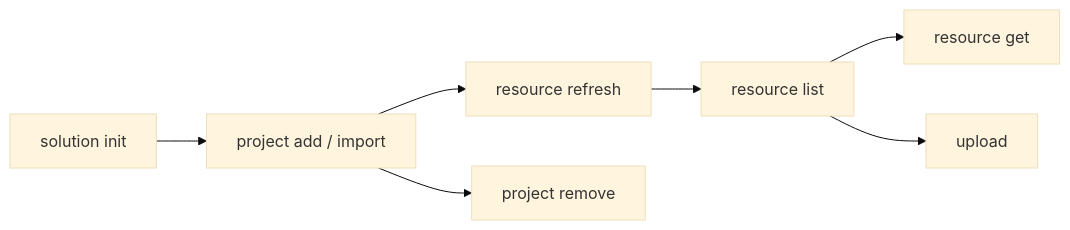
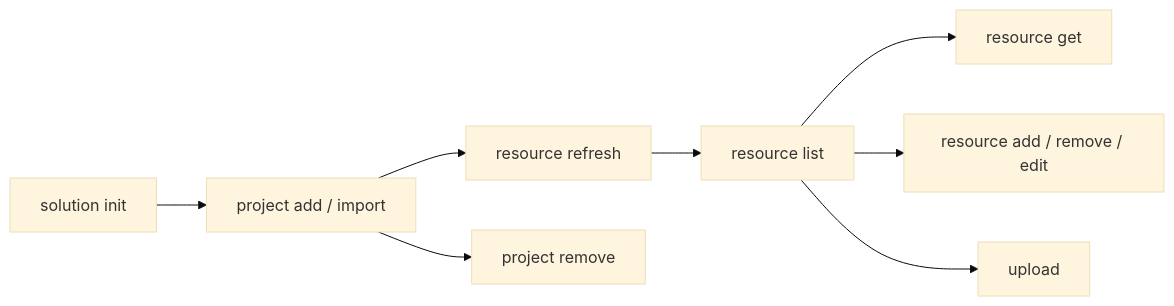
One commit to UiPath/skills changed the diagram in skills/uipath-solution/references/operate/develop-solution.md. Above: the diagram before and after it, drawn with Mermaid (base theme). The commit also changed other lines of this file and 5 other files, not shown here.

````diff
--- a/skills/uipath-solution/references/operate/develop-solution.md
+++ b/skills/uipath-solution/references/operate/develop-solution.md
@@ -20,9 +20,10 @@
 ```mermaid
 graph LR
     A[solution init] --> B[project add / import]
     B --> C[resource refresh]
     C --> D[resource list]
     D --> G[resource get]
+    D --> H[resource add / remove / edit]
     D --> E[upload]
     B --> F[project remove]
 ```
````
